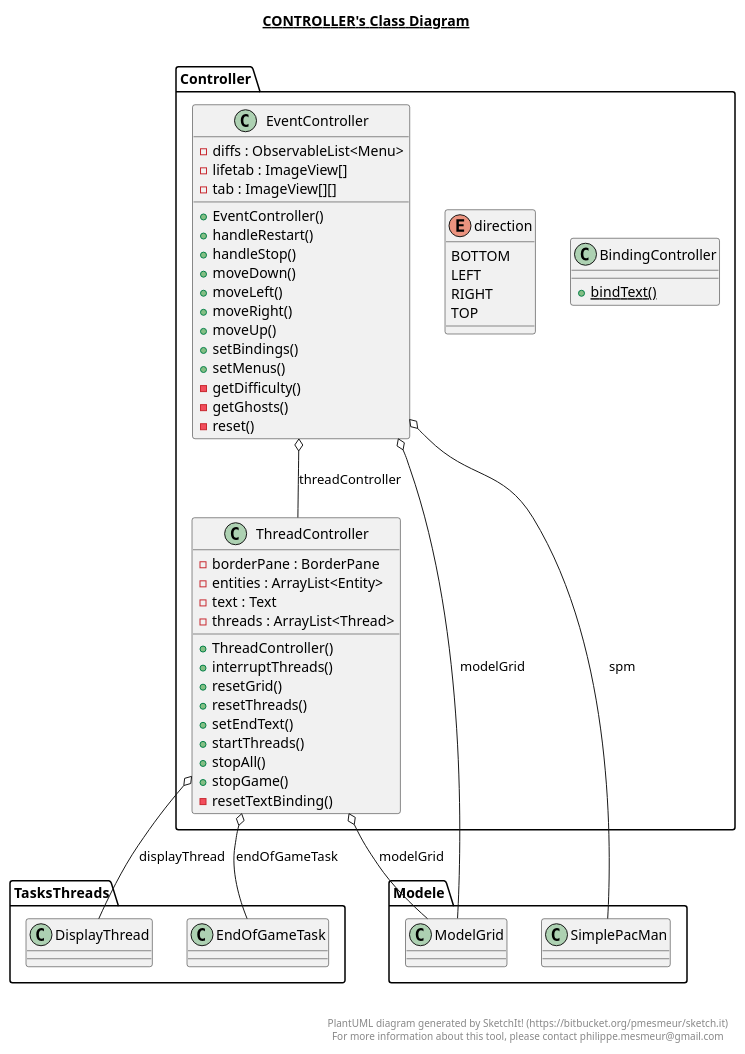
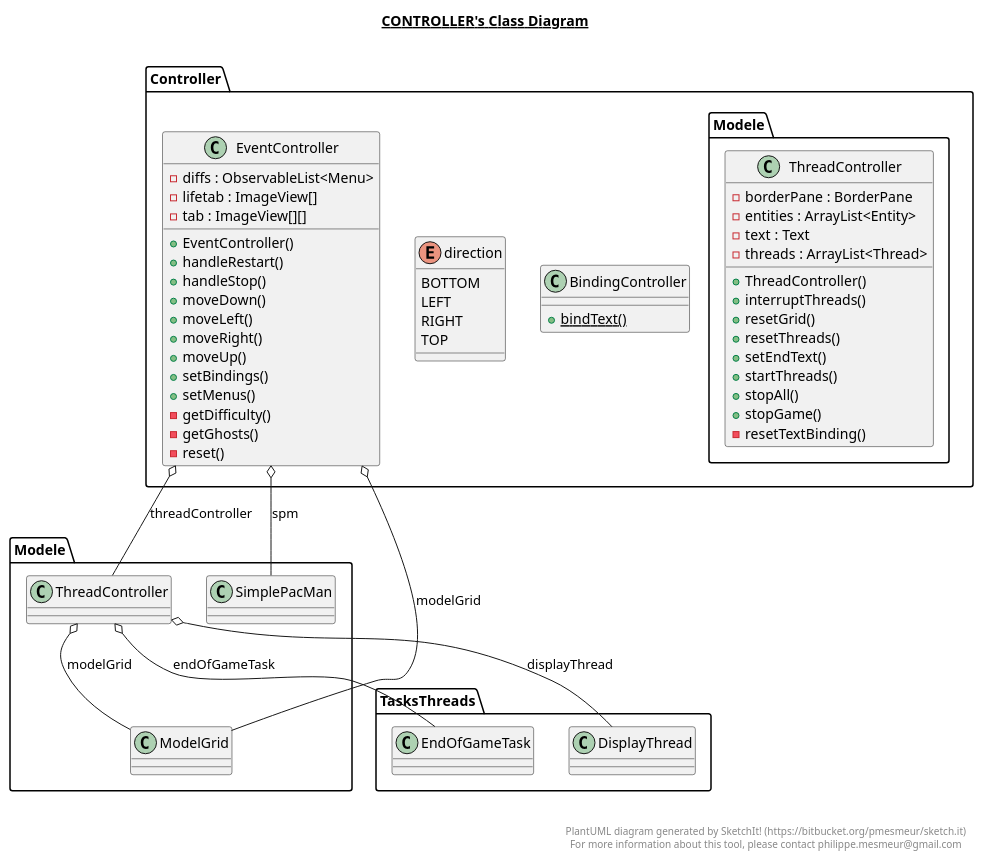
One commit to SimonGaufreteau/PacMan-Java changed the diagram in src/Controller/Controller.plantuml. Above: the diagram before and after it, drawn with PlantUML. The commit also changed 10 other files, not shown here.

```diff
--- a/src/Controller/Controller.plantuml
+++ b/src/Controller/Controller.plantuml
@@ -1,79 +1,79 @@
 @startuml
 
 title __CONTROLLER's Class Diagram__\n
 
   namespace Controller {
     class Controller.BindingController {
         {static} + bindText()
     }
   }
   
 
   namespace Controller {
     enum direction {
       BOTTOM
       LEFT
       RIGHT
       TOP
     }
   }
   
 
   namespace Controller {
     class Controller.EventController {
         - diffs : ObservableList<Menu>
         - lifetab : ImageView[]
         - tab : ImageView[][]
         + EventController()
         + handleRestart()
         + handleStop()
         + moveDown()
         + moveLeft()
         + moveRight()
         + moveUp()
         + setBindings()
         + setMenus()
         - getDifficulty()
         - getGhosts()
         - reset()
     }
   }
   
 
   namespace Controller {
-    class Controller.ThreadController {
+    class Modele.ThreadController {
         - borderPane : BorderPane
         - entities : ArrayList<Entity>
         - text : Text
         - threads : ArrayList<Thread>
         + ThreadController()
         + interruptThreads()
         + resetGrid()
         + resetThreads()
         + setEndText()
         + startThreads()
         + stopAll()
         + stopGame()
         - resetTextBinding()
     }
   }
   
 
   Controller.BindingController +-down- Controller.BindingController.direction
   Controller.EventController o-- Modele.ModelGrid : modelGrid
   Controller.EventController o-- Modele.SimplePacMan : spm
-  Controller.EventController o-- Controller.ThreadController : threadController
-  Controller.ThreadController o-- TasksThreads.DisplayThread : displayThread
-  Controller.ThreadController o-- TasksThreads.EndOfGameTask : endOfGameTask
-  Controller.ThreadController o-- Modele.ModelGrid : modelGrid
-  Controller.ThreadController o-- Controller.BindingController.direction : paneDirection
+  Controller.EventController o-- Modele.ThreadController : threadController
+  Modele.ThreadController o-- TasksThreads.DisplayThread : displayThread
+  Modele.ThreadController o-- TasksThreads.EndOfGameTask : endOfGameTask
+  Modele.ThreadController o-- Modele.ModelGrid : modelGrid
+  Modele.ThreadController o-- Controller.BindingController.direction : paneDirection
 
 
 right footer
 
 
 PlantUML diagram generated by SketchIt! (https://bitbucket.org/pmesmeur/sketch.it)
 For more information about this tool, please contact philippe.mesmeur@gmail.com
 endfooter
 
 @enduml
```
